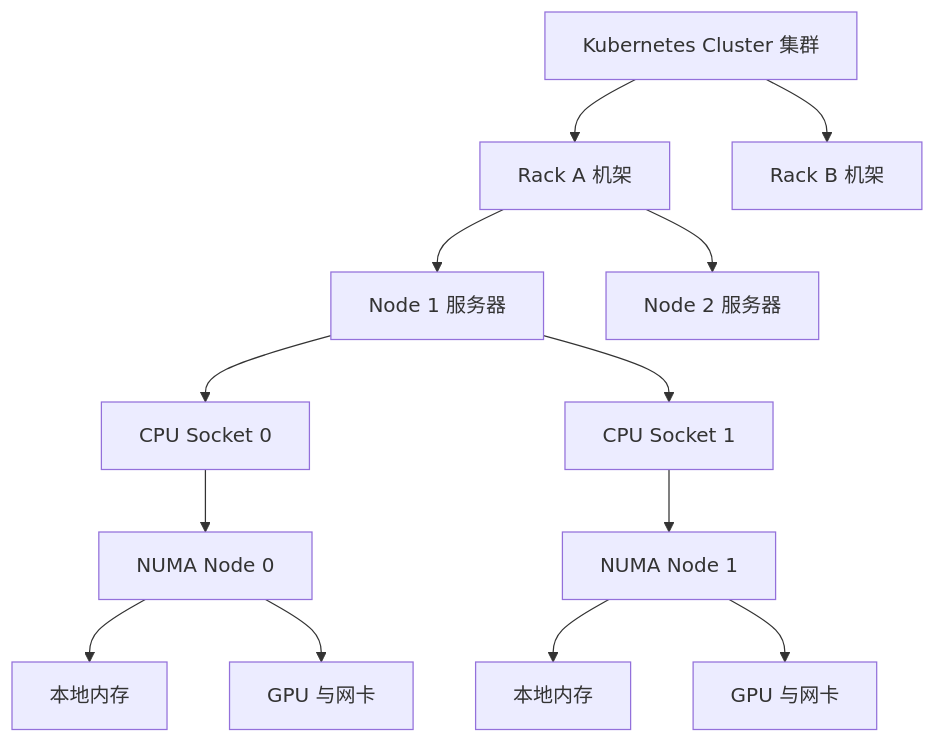
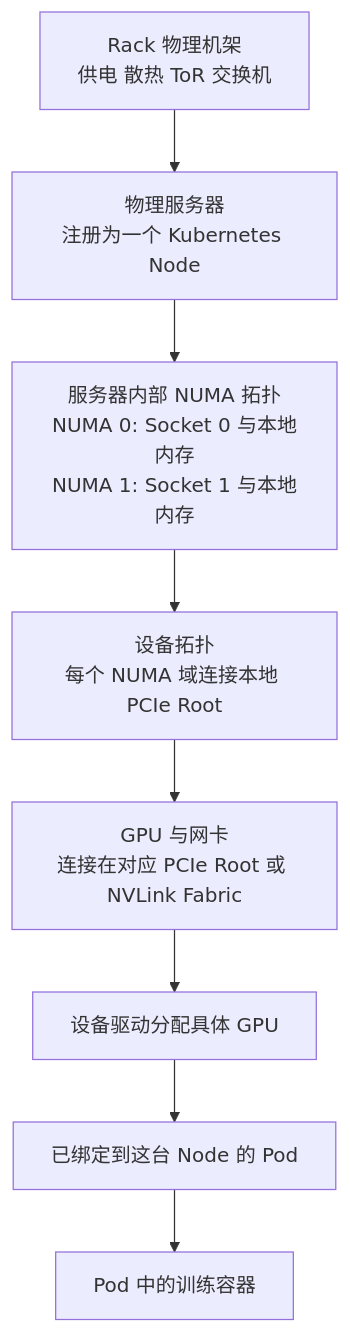
The fifth of 11 diagrams in docs/tutorial.md (tihaya-anon/ai-infra), drawn with Mermaid before and after one commit. The commit also changed other lines of this file, not shown here.

Commit message:
docs: clarify Kubernetes and hardware topology

````diff
--- a/docs/tutorial.md
+++ b/docs/tutorial.md
@@ -151,29 +242,19 @@
 ```mermaid
 flowchart TD
-    Cluster[Kubernetes Cluster 集群]
-    RackA[Rack A 机架]
-    RackB[Rack B 机架]
-    Node1[Node 1 服务器]
-    Node2[Node 2 服务器]
-    Socket0[CPU Socket 0]
-    Socket1[CPU Socket 1]
-    NUMA0[NUMA Node 0]
-    NUMA1[NUMA Node 1]
-    Memory0[本地内存]
-    Memory1[本地内存]
-    GPU01[GPU 与网卡]
-    GPU23[GPU 与网卡]
+    Rack[Rack 物理机架<br/>供电 散热 ToR 交换机]
+    Server[物理服务器<br/>注册为一个 Kubernetes Node]
+    NUMA[服务器内部 NUMA 拓扑<br/>NUMA 0: Socket 0 与本地内存<br/>NUMA 1: Socket 1 与本地内存]
+    PCIe[设备拓扑<br/>每个 NUMA 域连接本地 PCIe Root]
+    GPUs[GPU 与网卡<br/>连接在对应 PCIe Root 或 NVLink Fabric]
+    Pod[已绑定到这台 Node 的 Pod]
+    Container[Pod 中的训练容器]
+    Device[设备驱动分配具体 GPU]
 
-    Cluster --> RackA
-    Cluster --> RackB
-    RackA --> Node1
-    RackA --> Node2
-    Node1 --> Socket0
-    Node1 --> Socket1
-    Socket0 --> NUMA0
-    Socket1 --> NUMA1
-    NUMA0 --> Memory0
-    NUMA0 --> GPU01
-    NUMA1 --> Memory1
-    NUMA1 --> GPU23
+    Rack --> Server
+    Server --> NUMA
+    NUMA --> PCIe
+    PCIe --> GPUs
+    GPUs --> Device
+    Device --> Pod
+    Pod --> Container
 ```
````
